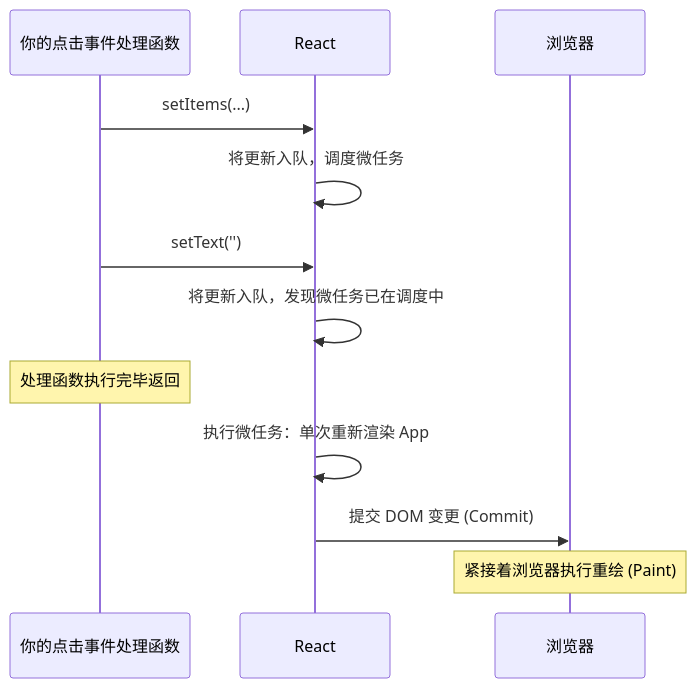
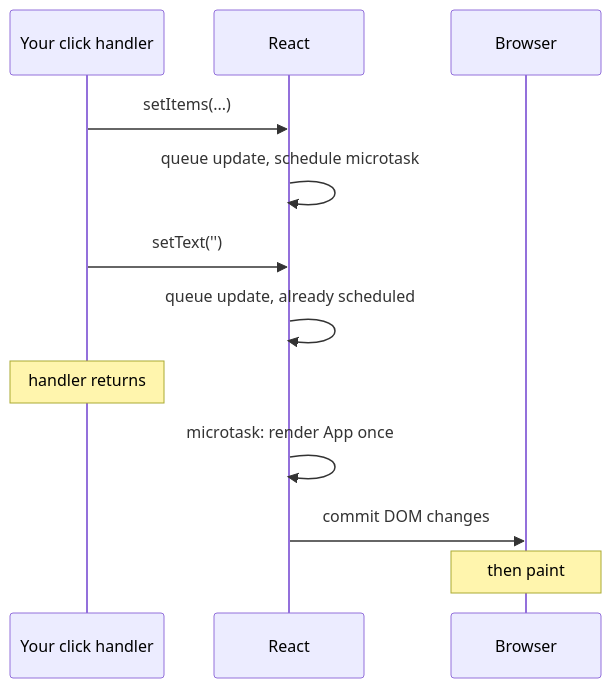
Before and after one commit to ZhaoTim/react-garden-zh: the second of 2 diagrams in content/react-concepts/04 State Updates - Snapshots and Batching.md, drawn with Mermaid. The commit also changed other lines of this file and 12 other files, not shown here.

Commit message:
fix: restore all Mermaid diagrams to original English technical terms

````diff
--- a/content/react-concepts/04 State Updates - Snapshots and Batching.md
+++ b/content/react-concepts/04 State Updates - Snapshots and Batching.md
@@ -119,14 +119,14 @@
 ```mermaid
 sequenceDiagram
-    participant H as 你的点击事件处理函数
+    participant H as Your click handler
     participant R as React
-    participant B as 浏览器
+    participant B as Browser
     H->>R: setItems(...)
-    R->>R: 将更新入队，调度微任务
+    R->>R: queue update, schedule microtask
     H->>R: setText('')
-    R->>R: 将更新入队，发现微任务已在调度中
-    Note over H: 处理函数执行完毕返回
-    R->>R: 执行微任务：单次重新渲染 App
-    R->>B: 提交 DOM 变更 (Commit)
-    Note over B: 紧接着浏览器执行重绘 (Paint)
+    R->>R: queue update, already scheduled
+    Note over H: handler returns
+    R->>R: microtask: render App once
+    R->>B: commit DOM changes
+    Note over B: then paint
 ```
````
